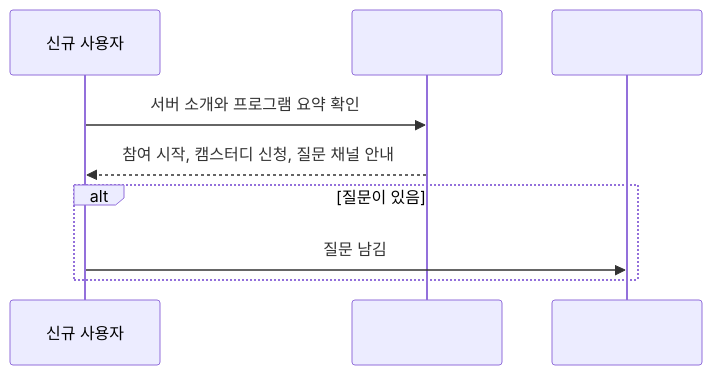
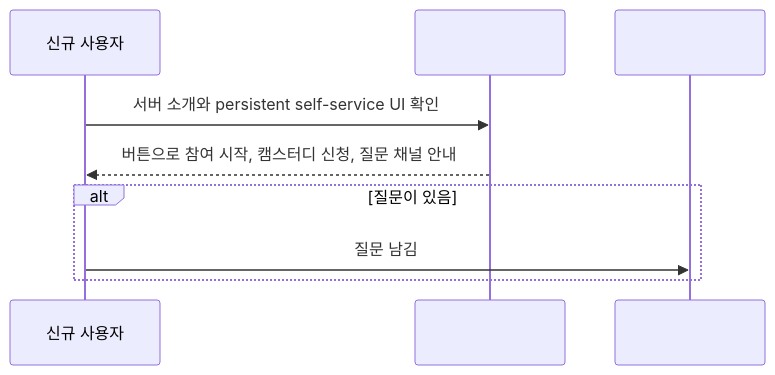
One commit to honki12345/haruharu-discord-bot changed the first of 20 diagrams in docs/USER_STORIES.md. Above: the diagram before and after it, drawn with Mermaid. The commit also changed other lines of this file and 11 other files, not shown here.

Commit message:
feat: 운영 self-service 온보딩 버튼 UI 추가 (#103)

````diff
--- a/docs/USER_STORIES.md
+++ b/docs/USER_STORIES.md
@@ -22,12 +22,12 @@
 ```mermaid
 sequenceDiagram
     participant U as 신규 사용자
     participant S as #start-here
     participant Q as #qna
 
-    U->>S: 서버 소개와 프로그램 요약 확인
-    S-->>U: 참여 시작, 캠스터디 신청, 질문 채널 안내
+    U->>S: 서버 소개와 persistent self-service UI 확인
+    S-->>U: 버튼으로 참여 시작, 캠스터디 신청, 질문 채널 안내
     alt 질문이 있음
         U->>Q: 질문 남김
     end
 ```
````
